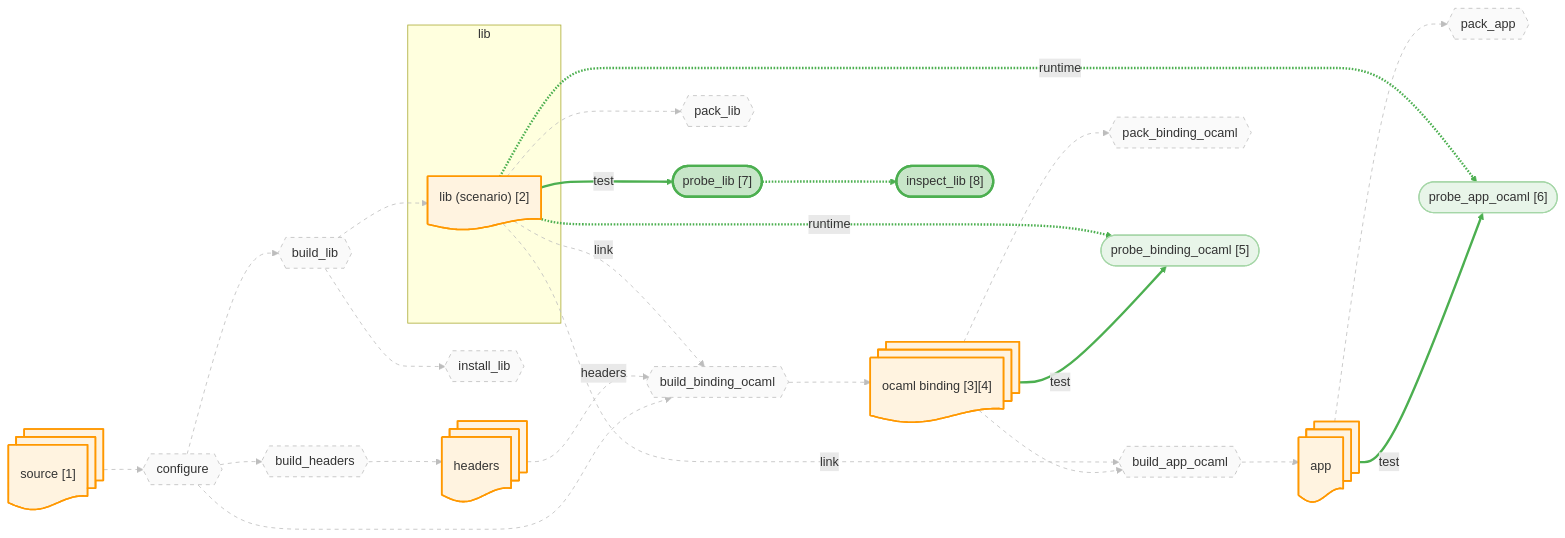
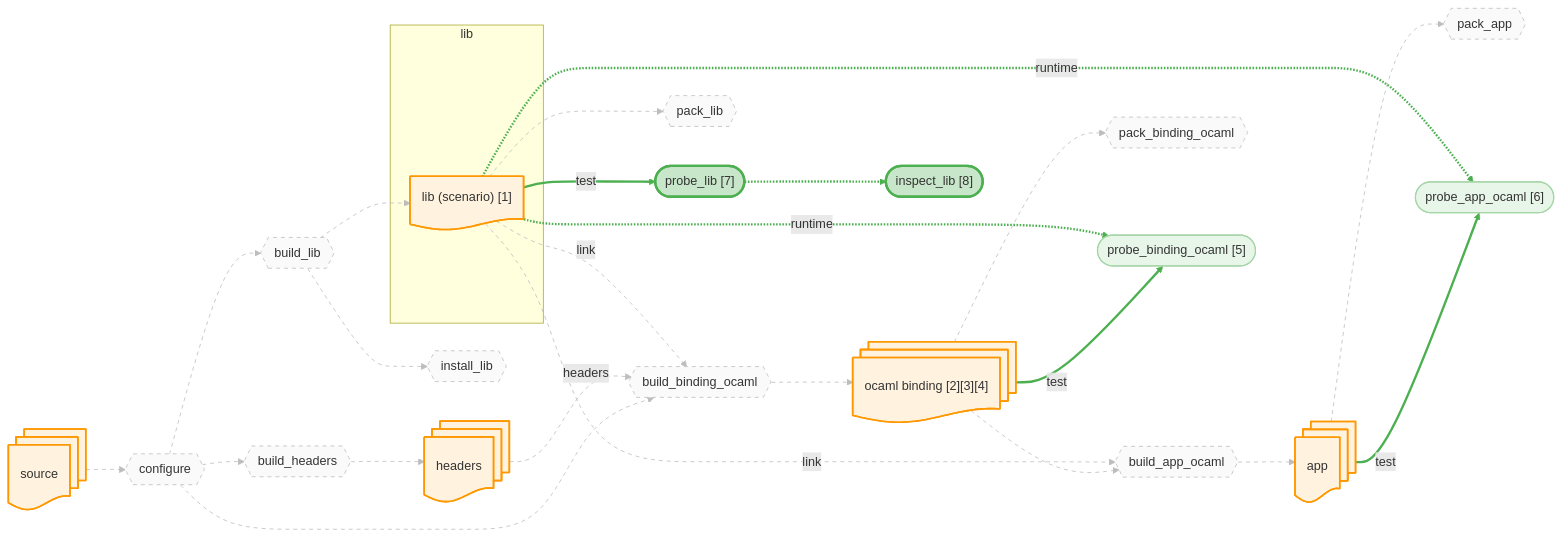
Before and after one commit to JHU-PL-Lab/tola: the diagram in docs/canary/projects/ssl/-run/diagrams/lib.mmd, drawn with Mermaid. The commit also changed 129 other files, not shown here.

```diff
--- a/docs/canary/projects/ssl/-run/diagrams/lib.mmd
+++ b/docs/canary/projects/ssl/-run/diagrams/lib.mmd
@@ -1,91 +1,91 @@
 %% view: lib
 graph LR
-    source_node@{ shape: docs, label: "source [1]" }
+    source_node@{ shape: docs, label: "source" }
     headers_node@{ shape: docs, label: "headers" }
     subgraph lib_sg ["lib"]
-      lib_fetch_node@{ shape: doc, label: "lib (scenario) [2]" }
+      lib_fetch_node@{ shape: doc, label: "lib (scenario) [1]" }
     end
     app_node@{ shape: docs, label: "app" }
-    ocaml_binding_node@{ shape: docs, label: "ocaml binding [3][4]" }
+    ocaml_binding_node@{ shape: docs, label: "ocaml binding [2][3][4]" }
 
     A_configure{{"configure"}}
     A_build_headers{{"build_headers"}}
     A_build_lib{{"build_lib"}}
     A_build_binding_ocaml{{"build_binding_ocaml"}}
     A_build_app_ocaml{{"build_app_ocaml"}}
     A_install_lib{{"install_lib"}}
     A_pack_binding_ocaml{{"pack_binding_ocaml"}}
     A_pack_lib{{"pack_lib"}}
     A_pack_app{{"pack_app"}}
     A_probe_binding_ocaml(["probe_binding_ocaml [5]"])
     A_probe_app_ocaml(["probe_app_ocaml [6]"])
     A_probe_lib(["probe_lib [7]"])
     A_probe_lib_inspect(["inspect_lib [8]"])
 
     source_node --> A_configure
     A_configure --> A_build_headers
     A_build_headers --> headers_node
     A_configure --> A_build_lib
     A_build_lib --> lib_fetch_node
     A_configure --> A_build_binding_ocaml
     headers_node -.->|headers| A_build_binding_ocaml
     lib_fetch_node -.->|link| A_build_binding_ocaml
     A_build_binding_ocaml --> ocaml_binding_node
     ocaml_binding_node --> A_build_app_ocaml
     lib_fetch_node -.->|link| A_build_app_ocaml
     A_build_app_ocaml --> app_node
     A_build_lib --> A_install_lib
     ocaml_binding_node --> A_pack_binding_ocaml
     lib_fetch_node --> A_pack_lib
     app_node --> A_pack_app
     ocaml_binding_node -->|test| A_probe_binding_ocaml
     lib_fetch_node -.->|runtime| A_probe_binding_ocaml
     app_node -->|test| A_probe_app_ocaml
     lib_fetch_node -.->|runtime| A_probe_app_ocaml
     lib_fetch_node -->|test| A_probe_lib
     A_probe_lib -.-> A_probe_lib_inspect
 
     classDef artifact fill:#fff3e0,stroke:#ff9800,stroke-width:2px
     classDef action fill:#f3e5f5,stroke:#9c27b0,stroke-width:2px
     classDef st_done fill:#c8e6c9,stroke:#4caf50,stroke-width:3px
     classDef st_done_ctx fill:#e8f5e9,stroke:#a5d6a7,stroke-width:1.5px
     classDef st_expected_fail fill:#fff9c4,stroke:#f9a825,stroke-width:2px
     classDef st_failed fill:#ffcdd2,stroke:#c62828,stroke-width:2px
     classDef st_skipped fill:#f5f5f5,stroke:#9e9e9e,stroke-dasharray:5
     classDef st_nospec fill:#fafafa,stroke:#bdbdbd,stroke-dasharray:5
     class source_node,headers_node,lib_fetch_node,app_node,ocaml_binding_node artifact
     class A_configure st_nospec
     class A_build_headers st_nospec
     class A_build_lib st_nospec
     class A_build_binding_ocaml st_nospec
     class A_build_app_ocaml st_nospec
     class A_install_lib st_nospec
     class A_pack_binding_ocaml st_nospec
     class A_pack_lib st_nospec
     class A_pack_app st_nospec
     class A_probe_binding_ocaml st_done_ctx
     class A_probe_app_ocaml st_done_ctx
     class A_probe_lib st_done
     class A_probe_lib_inspect st_done
     linkStyle 0 stroke:#bdbdbd,stroke-width:1px,stroke-dasharray:5
     linkStyle 1 stroke:#bdbdbd,stroke-width:1px,stroke-dasharray:5
     linkStyle 2 stroke:#bdbdbd,stroke-width:1px,stroke-dasharray:5
     linkStyle 3 stroke:#bdbdbd,stroke-width:1px,stroke-dasharray:5
     linkStyle 4 stroke:#bdbdbd,stroke-width:1px,stroke-dasharray:5
     linkStyle 5 stroke:#bdbdbd,stroke-width:1px,stroke-dasharray:5
     linkStyle 6 stroke:#bdbdbd,stroke-width:1px,stroke-dasharray:5
     linkStyle 7 stroke:#bdbdbd,stroke-width:1px,stroke-dasharray:5
     linkStyle 8 stroke:#bdbdbd,stroke-width:1px,stroke-dasharray:5
     linkStyle 9 stroke:#bdbdbd,stroke-width:1px,stroke-dasharray:5
     linkStyle 10 stroke:#bdbdbd,stroke-width:1px,stroke-dasharray:5
     linkStyle 11 stroke:#bdbdbd,stroke-width:1px,stroke-dasharray:5
     linkStyle 12 stroke:#bdbdbd,stroke-width:1px,stroke-dasharray:5
     linkStyle 13 stroke:#bdbdbd,stroke-width:1px,stroke-dasharray:5
     linkStyle 14 stroke:#bdbdbd,stroke-width:1px,stroke-dasharray:5
     linkStyle 15 stroke:#bdbdbd,stroke-width:1px,stroke-dasharray:5
     linkStyle 16 stroke:#4caf50,stroke-width:3px
     linkStyle 17 stroke:#4caf50,stroke-width:3px
     linkStyle 18 stroke:#4caf50,stroke-width:3px
     linkStyle 19 stroke:#4caf50,stroke-width:3px
     linkStyle 20 stroke:#4caf50,stroke-width:3px
     linkStyle 21 stroke:#4caf50,stroke-width:3px
```
